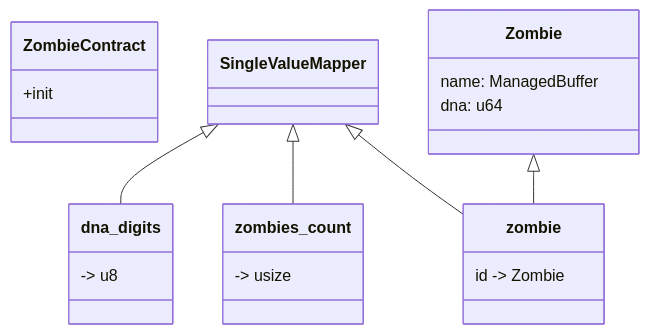
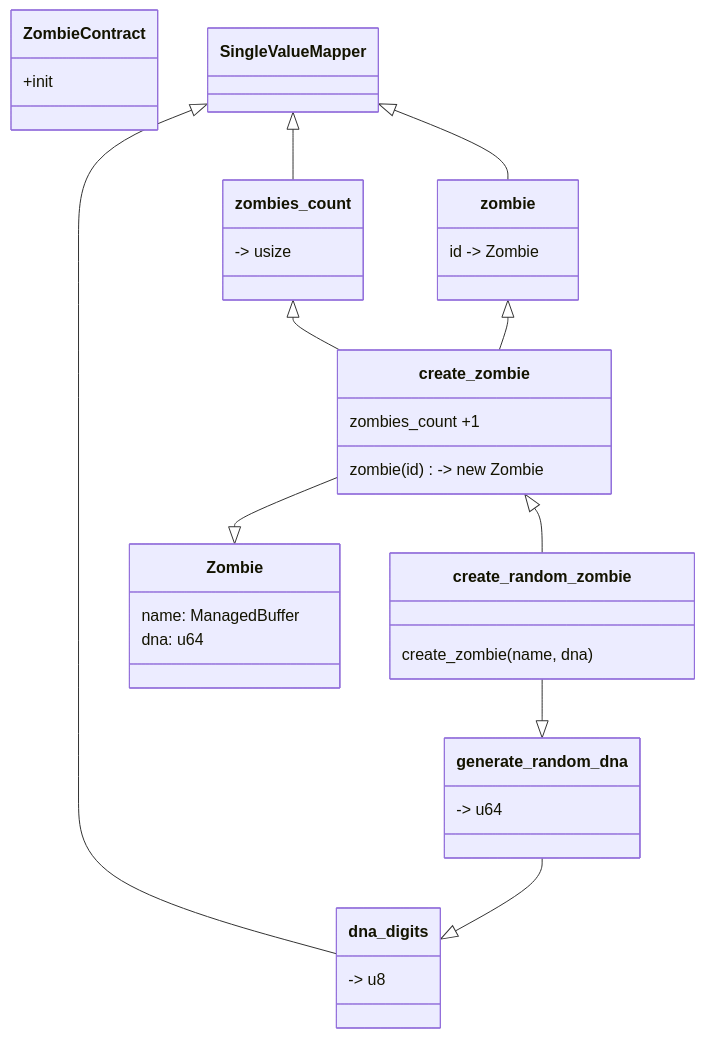
One commit to andreireanu/cryptozombies changed the diagram in README.md. Above: the diagram before and after it, drawn with Mermaid. The commit also changed 2 other files, not shown here.

Commit message:
Chapter 11

````diff
--- a/README.md
+++ b/README.md
@@ -7,25 +7,39 @@
 ```mermaid
 classDiagram
     class ZombieContract{
         +init 
     }
     class SingleValueMapper
     SingleValueMapper <|-- dna_digits
     class dna_digits {
         -> u8
     }
     SingleValueMapper <|-- zombies_count
     class zombies_count {
         -> usize
     }
     SingleValueMapper <|-- zombie
     class zombie {
         id ->        Zombie
     }
     class Zombie {
         name: ManagedBuffer
         dna: u64
     }
-    Zombie <|-- zombie
-
+    create_zombie --|> Zombie  
+    class create_zombie {
+        zombie(id) -> new Zombie
+        zombies_count +1
+    }
+    zombie <|-- create_zombie  
+    zombies_count  <|-- create_zombie 
+    class generate_random_dna{
+        -> u64
+    }
+    class create_random_zombie {
+        create_zombie(name, dna)
+     }
+    create_random_zombie --|> generate_random_dna 
+    create_zombie <|-- create_random_zombie
+    generate_random_dna --|> dna_digits
 ```
````
